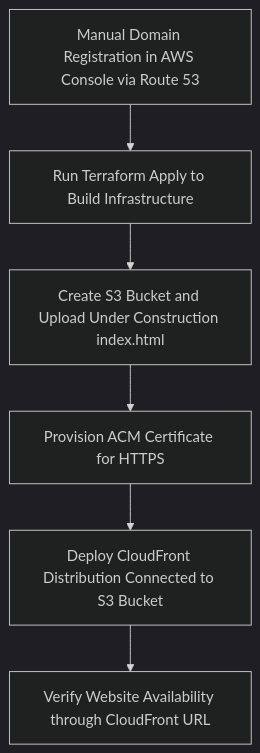
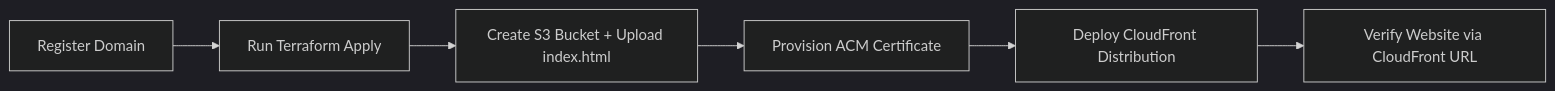
One commit to mamonaco1973/aws-website changed the diagram in README.md. Above: the diagram before and after it, drawn with Mermaid (dark theme). The commit also changed other lines of this file, not shown here.

Commit message:
work on README.md

````diff
--- a/README.md
+++ b/README.md
@@ -30,8 +30,8 @@
 ```mermaid
-flowchart TD
-    A[Manual Domain Registration in AWS Console via Route 53] --> B[Run Terraform Apply to Build Infrastructure]
-    B --> C[Create S3 Bucket and Upload Under Construction index.html]
-    C --> D[Provision ACM Certificate for HTTPS]
-    D --> E[Deploy CloudFront Distribution Connected to S3 Bucket]
-    E --> F[Verify Website Availability through CloudFront URL]
+flowchart LR
+    A[Register Domain] --> B[Run Terraform Apply]
+    B --> C[Create S3 Bucket + Upload index.html]
+    C --> D[Provision ACM Certificate]
+    D --> E[Deploy CloudFront Distribution]
+    E --> F[Verify Website via CloudFront URL]
 ```
````
